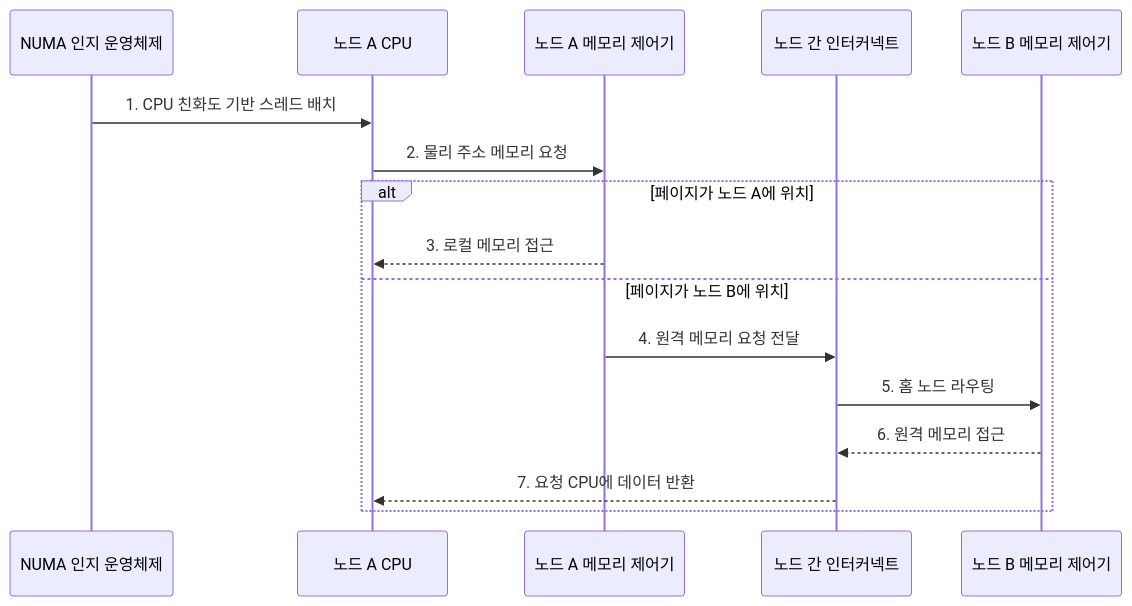
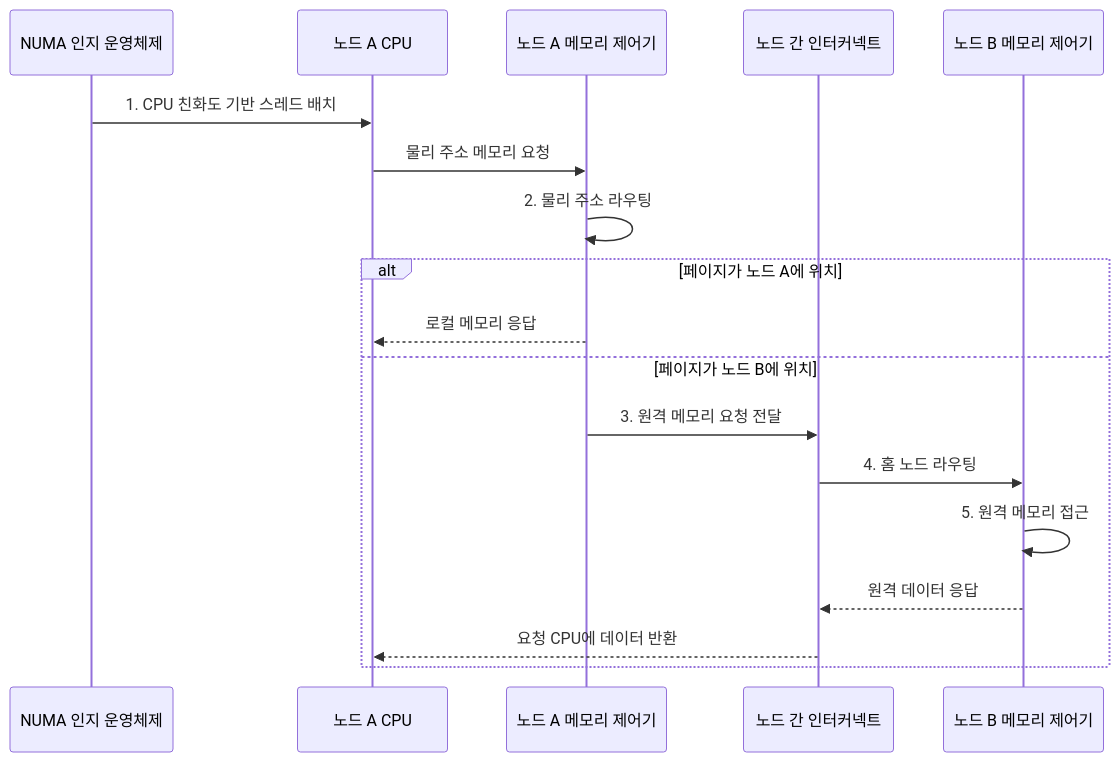
Before and after one commit to agnusdei1207/knowledge-base: the second of 2 diagrams in src/content/docs/notes/02-hardware/021_numa.md, drawn with Mermaid. The commit also changed other lines of this file and 20 other files, not shown here.

````diff
--- a/src/content/docs/notes/02-hardware/021_numa.md
+++ b/src/content/docs/notes/02-hardware/021_numa.md
@@ -82,19 +83,21 @@
 ```mermaid
 sequenceDiagram
     participant O as NUMA 인지 운영체제
     participant C as 노드 A CPU
     participant A as 노드 A 메모리 제어기
     participant I as 노드 간 인터커넥트
     participant B as 노드 B 메모리 제어기
 
     O->>C: 1. CPU 친화도 기반 스레드 배치
-    C->>A: 2. 물리 주소 메모리 요청
+    C->>A: 물리 주소 메모리 요청
+    A->>A: 2. 물리 주소 라우팅
     alt 페이지가 노드 A에 위치
-        A-->>C: 3. 로컬 메모리 접근
+        A-->>C: 로컬 메모리 응답
     else 페이지가 노드 B에 위치
-        A->>I: 4. 원격 메모리 요청 전달
-        I->>B: 5. 홈 노드 라우팅
-        B-->>I: 6. 원격 메모리 접근
-        I-->>C: 7. 요청 CPU에 데이터 반환
+        A->>I: 3. 원격 메모리 요청 전달
+        I->>B: 4. 홈 노드 라우팅
+        B->>B: 5. 원격 메모리 접근
+        B-->>I: 원격 데이터 응답
+        I-->>C: 요청 CPU에 데이터 반환
     end
 ```
````
